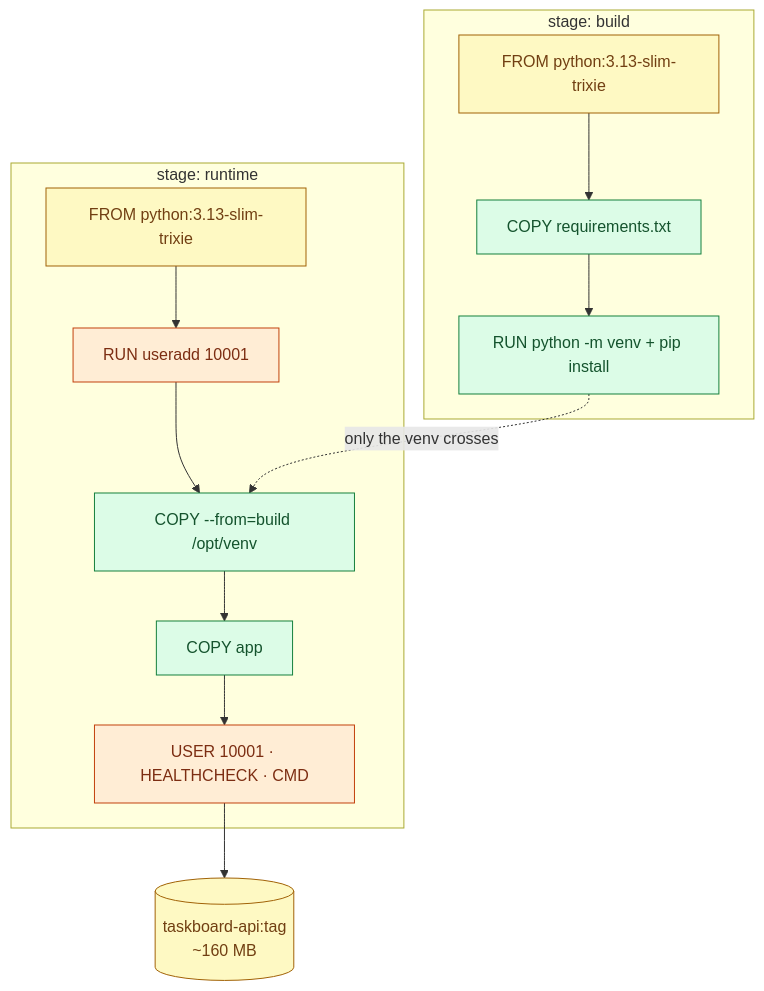
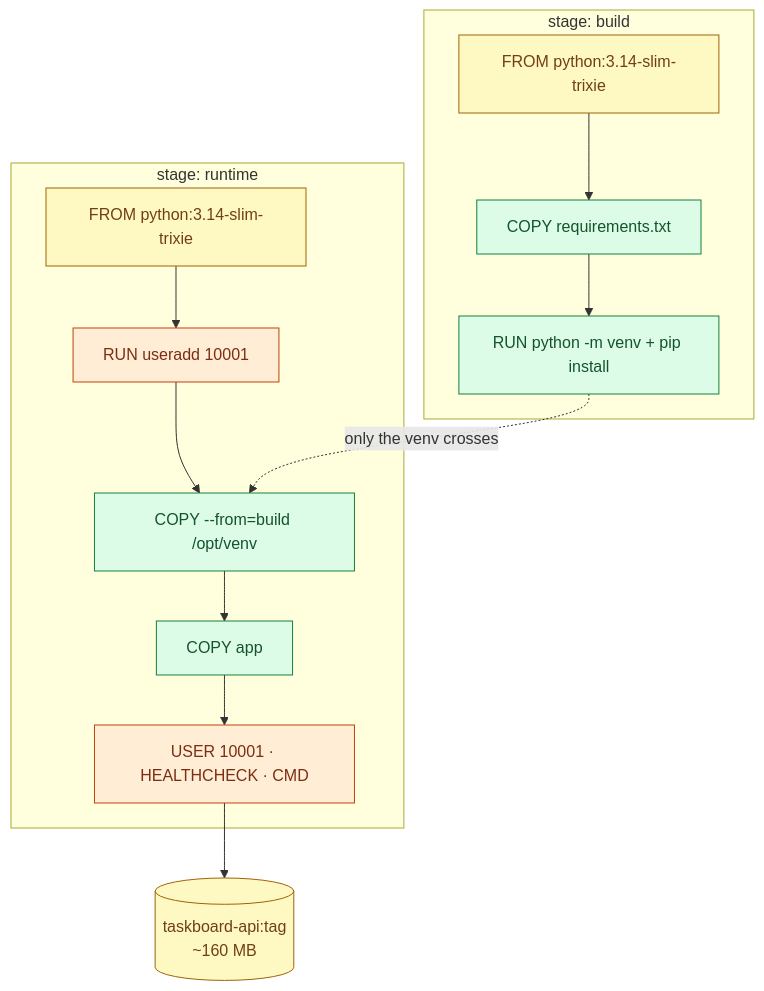
The diagram in docs/concepts/docker-images-and-builds.md (cloud-prakhar/devops-sre-engineering-labs), drawn with Mermaid before and after one commit. The commit also changed 101 other files, not shown here.

````diff
--- a/docs/concepts/docker-images-and-builds.md
+++ b/docs/concepts/docker-images-and-builds.md
@@ -18,16 +18,16 @@
 ```mermaid
 flowchart TB
     subgraph build[stage: build]
-        b1[FROM python:3.13-slim-trixie]:::data --> b2[COPY requirements.txt]:::app --> b3[RUN python -m venv + pip install]:::app
+        b1[FROM python:3.14-slim-trixie]:::data --> b2[COPY requirements.txt]:::app --> b3[RUN python -m venv + pip install]:::app
     end
     subgraph runtime[stage: runtime]
-        r1[FROM python:3.13-slim-trixie]:::data --> r2[RUN useradd 10001]:::sec
+        r1[FROM python:3.14-slim-trixie]:::data --> r2[RUN useradd 10001]:::sec
         r2 --> r3[COPY --from=build /opt/venv]:::app --> r4[COPY app]:::app
         r4 --> r5[USER 10001 · HEALTHCHECK · CMD]:::sec
     end
     b3 -. only the venv crosses .-> r3
     r5 --> img[(taskboard-api:tag<br/>~160 MB)]:::data
     classDef data fill:#fef9c3,stroke:#a16207,color:#713f12
     classDef app fill:#dcfce7,stroke:#15803d,color:#14532d
     classDef sec fill:#ffedd5,stroke:#c2410c,color:#7c2d12
 ```
````
